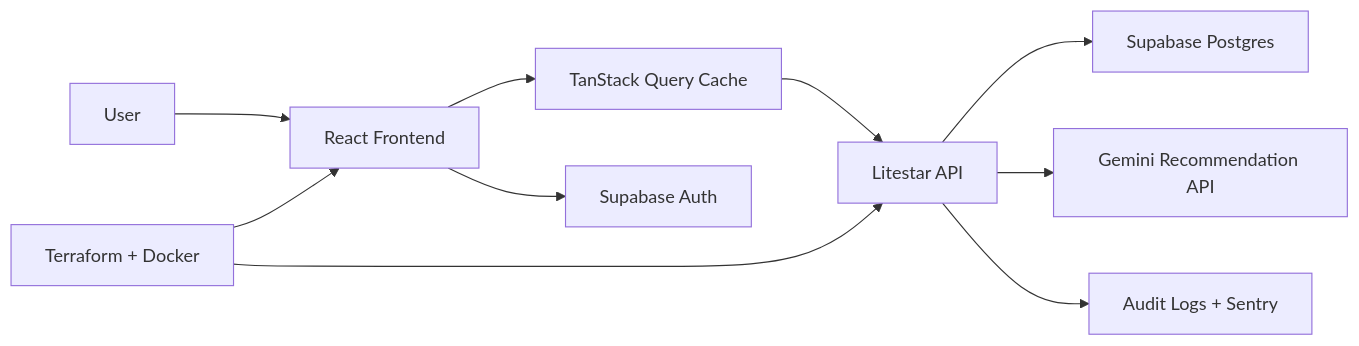
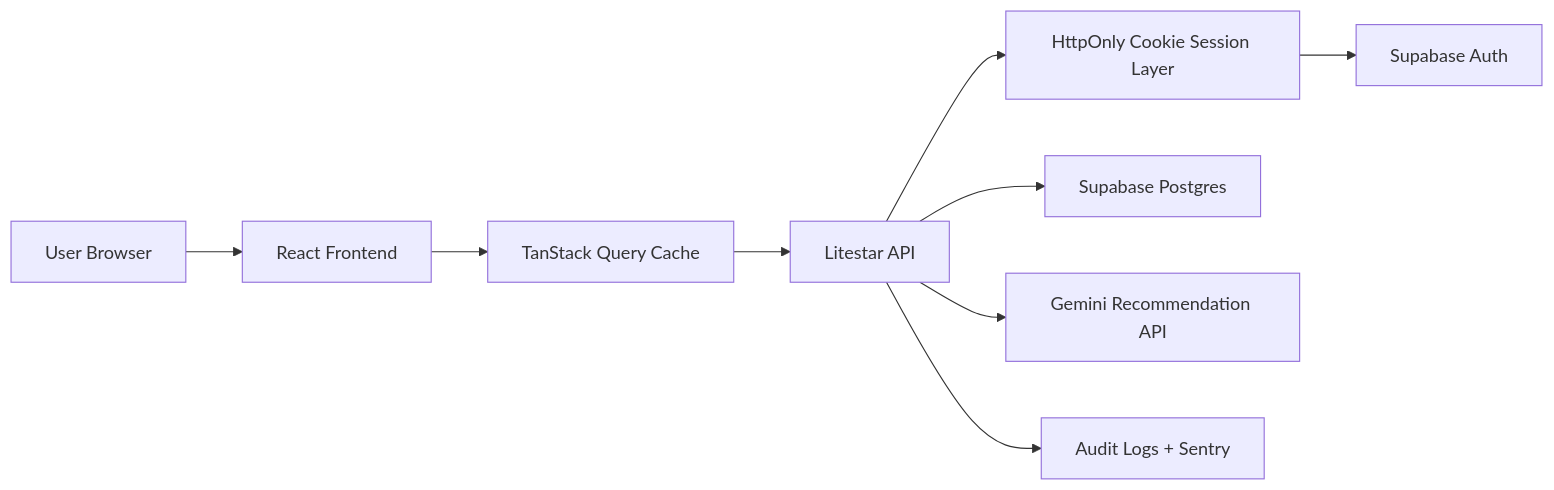
The first of 2 diagrams in docs/architecture.md (Raoof128/Nexus-OS), drawn with Mermaid before and after one commit. The commit also changed other lines of this file and 33 other files, not shown here.

````diff
--- a/docs/architecture.md
+++ b/docs/architecture.md
@@ -7,12 +7,11 @@
 ```mermaid
 flowchart LR
-  U["User"] --> F["React Frontend"]
+  U["User Browser"] --> F["React Frontend"]
   F --> Q["TanStack Query Cache"]
   Q --> A["Litestar API"]
-  F --> S["Supabase Auth"]
+  A --> C["HttpOnly Cookie Session Layer"]
+  C --> S["Supabase Auth"]
   A --> D["Supabase Postgres"]
   A --> G["Gemini Recommendation API"]
   A --> O["Audit Logs + Sentry"]
-  I["Terraform + Docker"] --> A
-  I --> F
 ```
````
